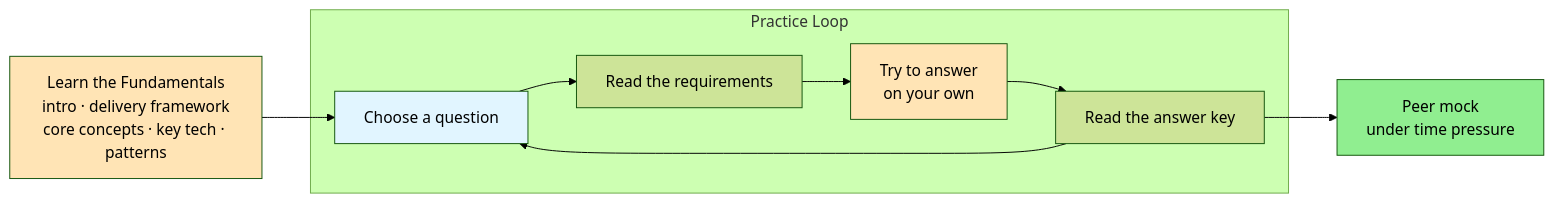
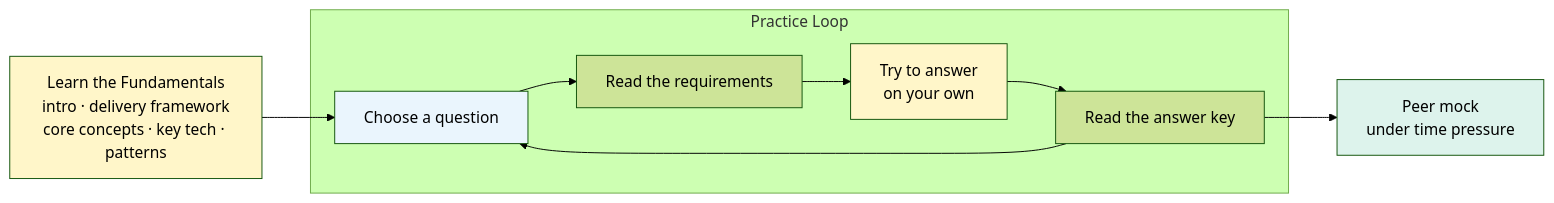
The diagram in LLD/SystemDesign/InaHurry/HowToPrepareForSystemDesignInterviews.md (cartmancodes/InterviewVault), drawn with Mermaid (forest theme) before and after one commit. The commit also changed 679 other files, not shown here.

Commit message:
Unify content diagrams and add accessible visual walkthroughs

````diff
--- a/LLD/SystemDesign/InaHurry/HowToPrepareForSystemDesignInterviews.md
+++ b/LLD/SystemDesign/InaHurry/HowToPrepareForSystemDesignInterviews.md
@@ -27,17 +27,17 @@
 ```mermaid
 graph LR
     F["Learn the Fundamentals<br/>intro · delivery framework<br/>core concepts · key tech · patterns"]
     subgraph "Practice Loop"
       Q["Choose a question"] --> R["Read the requirements"]
       R --> A["Try to answer<br/>on your own"]
       A --> K["Read the answer key"]
       K --> Q
     end
     F --> Q
     K --> M["Peer mock<br/>under time pressure"]
 
-    style F fill:#FFE4B5
-    style Q fill:#e1f5ff
-    style A fill:#FFE4B5
-    style M fill:#90EE90
+    style F fill:#FFF6C9
+    style Q fill:#EAF5FD
+    style A fill:#FFF6C9
+    style M fill:#DDF3EC
 ```
````
